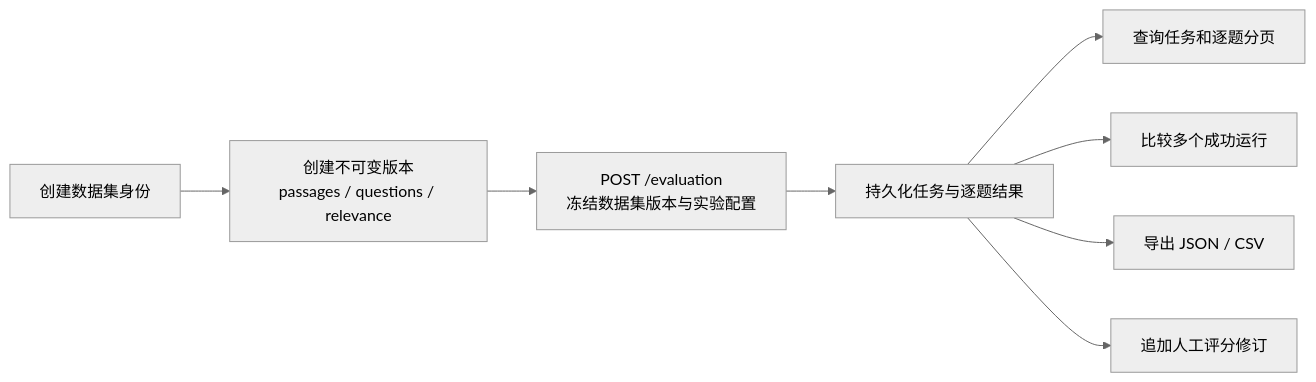
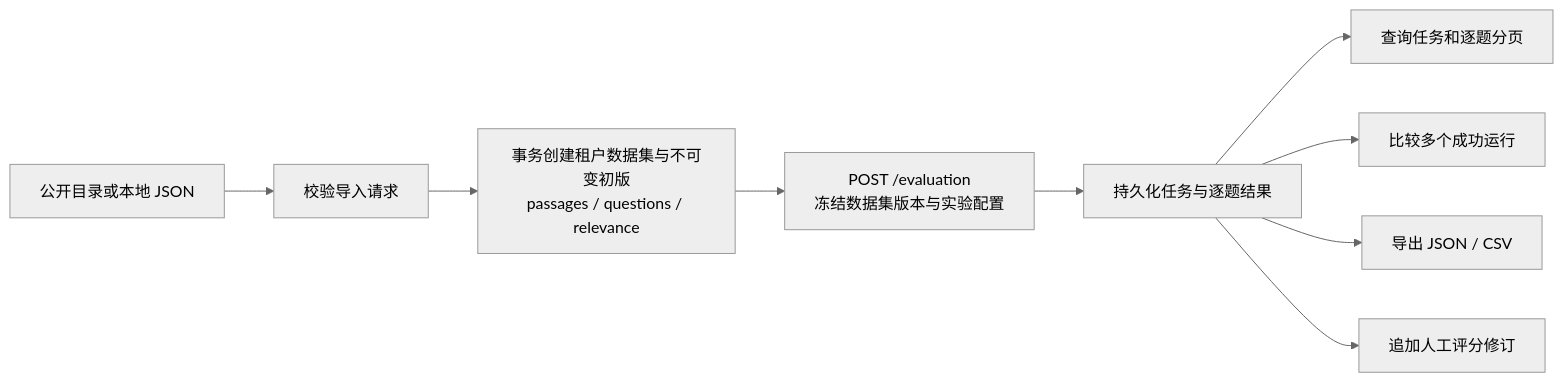
Before and after one commit to Aokiuuz/WeKnora: the diagram in website-docs/03-features/15-evaluation.md, drawn with Mermaid (neutral theme). The commit also changed other lines of this file and 150 other files, not shown here.

````diff
--- a/website-docs/03-features/15-evaluation.md
+++ b/website-docs/03-features/15-evaluation.md
@@ -17,10 +17,11 @@
 ```mermaid
 flowchart LR
-    A["创建数据集身份"] --> B["创建不可变版本<br/>passages / questions / relevance"]
+    P["公开目录或本地 JSON"] --> A["校验导入请求"]
+    A --> B["事务创建租户数据集与不可变初版<br/>passages / questions / relevance"]
     B --> C["POST /evaluation<br/>冻结数据集版本与实验配置"]
     C --> D["持久化任务与逐题结果"]
     D --> E["查询任务和逐题分页"]
     D --> F["比较多个成功运行"]
     D --> G["导出 JSON / CSV"]
     D --> H["追加人工评分修订"]
 ```
````
